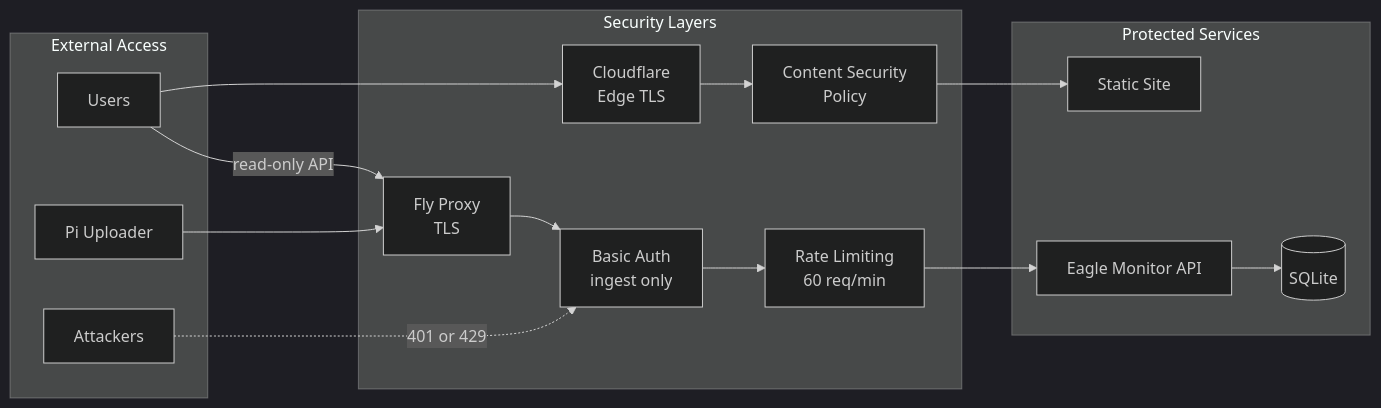
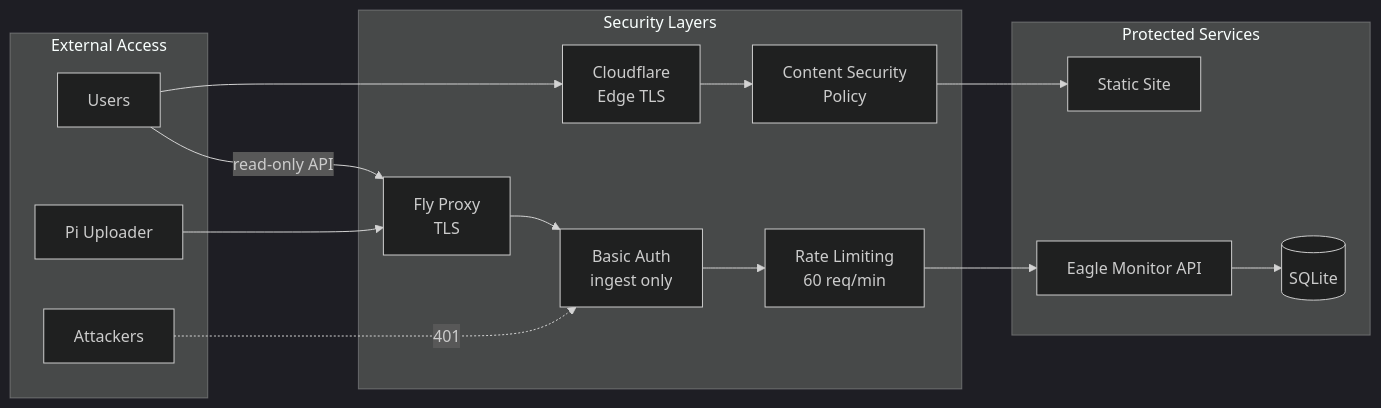
The eighth of 9 diagrams in docs/THEORY_OF_OPERATION.md (murr2k/linknode-com), drawn with Mermaid (dark theme) before and after one commit. The commit also changed other lines of this file and 12 other files, not shown here.

````diff
--- a/docs/THEORY_OF_OPERATION.md
+++ b/docs/THEORY_OF_OPERATION.md
@@ -419,27 +420,27 @@
 ```mermaid
 flowchart LR
     subgraph "External Access"
         USER[Users]
         PI[Pi Uploader]
         ATTACKER[Attackers]
     end
 
     subgraph "Security Layers"
         CF["Cloudflare<br/>Edge TLS"]
         CSP["Content Security<br/>Policy"]
         FLY["Fly Proxy<br/>TLS"]
         AUTH["Basic Auth<br/>ingest only"]
         RL["Rate Limiting<br/>60 req/min"]
     end
 
     subgraph "Protected Services"
         WEB[Static Site]
         API[Eagle Monitor API]
         DB[(SQLite)]
     end
 
     USER --> CF --> CSP --> WEB
     USER -->|"read-only API"| FLY
     PI --> FLY --> AUTH --> RL --> API --> DB
-    ATTACKER -.->|"401 or 429"| AUTH
+    ATTACKER -.->|"401"| AUTH
 ```
````
